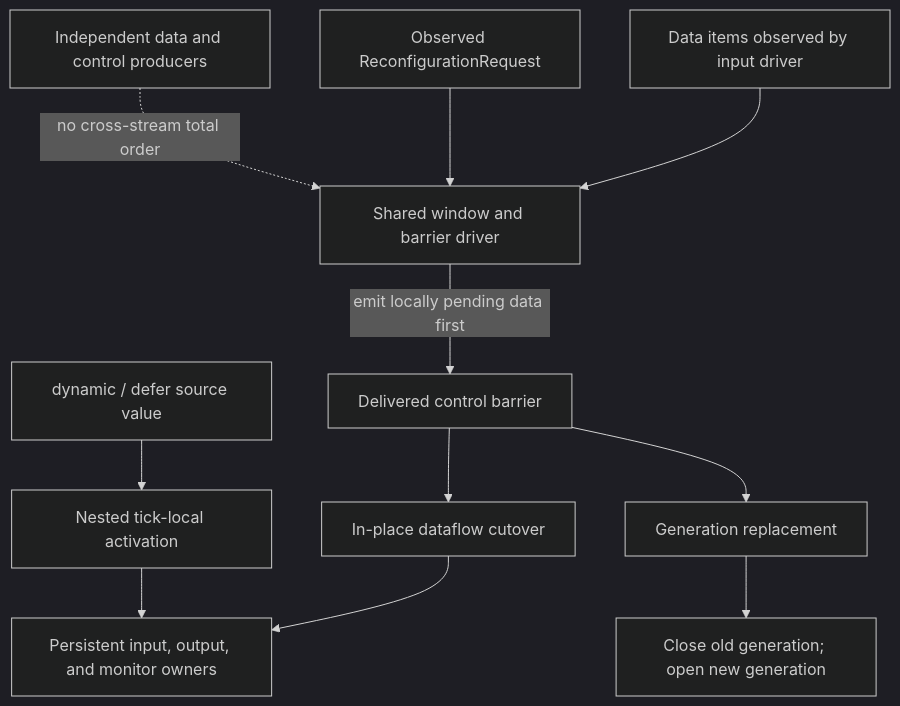
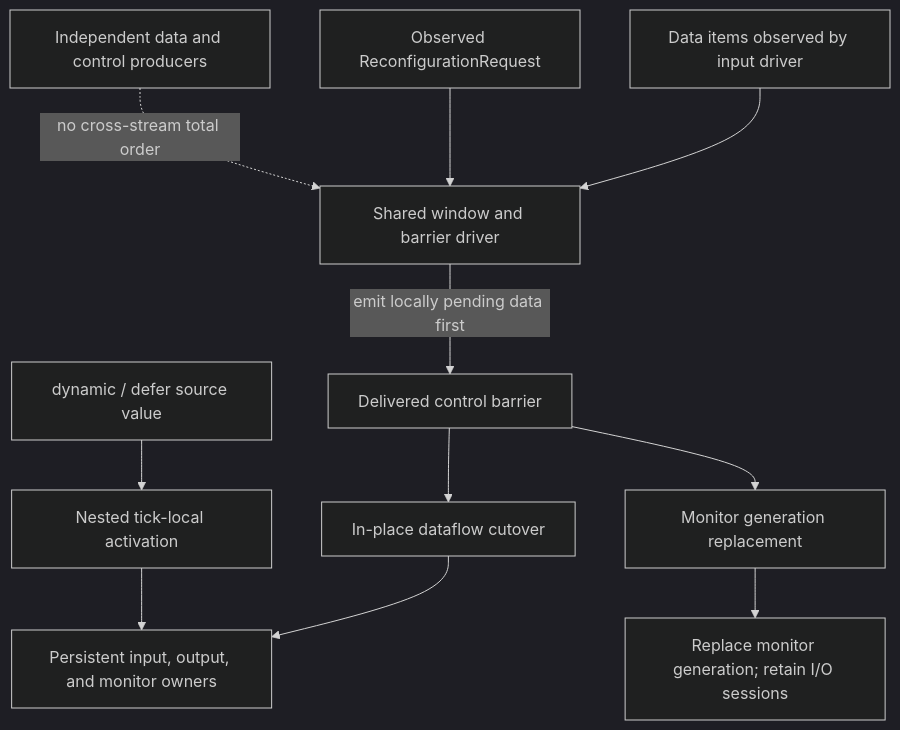
One commit to INTO-CPS-Association/robosapiens-trustworthiness-checker changed the first of 2 diagrams in docs/src/reconfiguration.md. Above: the diagram before and after it, drawn with Mermaid (dark theme). The commit also changed other lines of this file and 109 other files, not shown here.

````diff
--- a/docs/src/reconfiguration.md
+++ b/docs/src/reconfiguration.md
@@ -5,16 +5,16 @@
 ```mermaid
 flowchart TB
     accTitle: Reconfiguration models and boundaries
-    accDescr: The shared input driver emits data already pending when it observes a typed control item, then delivers a local reconfiguration barrier. Independent data and control producers have no cross-stream total order. The dataflow runtime plans a replacement and updates persistent input, output, and monitor owners in order. The semisynchronous runtime closes the old generation and opens a complete replacement. Nested dynamic expressions use a separate tick-local mechanism.
+    accDescr: The shared input driver emits data already pending when it observes a typed control item, then delivers a local reconfiguration barrier. Independent data and control producers have no cross-stream total order. Both reconfigurable runtimes retain persistent input and output owners. The dataflow runtime updates its monitor in place, while the semisynchronous runtime replaces the monitor/evaluation generation and carries compatible history into it. Nested dynamic expressions use a separate tick-local mechanism.
 
     data["Data items observed by input driver"] --> driver["Shared window and barrier driver"]
     request["Observed ReconfigurationRequest"] --> driver
     independent["Independent data and control producers"] -. "no cross-stream total order" .-> driver
     driver -->|"emit locally pending data first"| barrier["Delivered control barrier"]
     barrier --> dataflow["In-place dataflow cutover"]
-    barrier --> semisync["Generation replacement"]
+    barrier --> semisync["Monitor generation replacement"]
     dataflow --> persistent["Persistent input, output, and monitor owners"]
-    semisync --> generation["Close old generation; open new generation"]
+    semisync --> generation["Replace monitor generation; retain I/O sessions"]
     nested["dynamic / defer source value"] --> tick["Nested tick-local activation"]
     tick --> persistent
 ```
````
